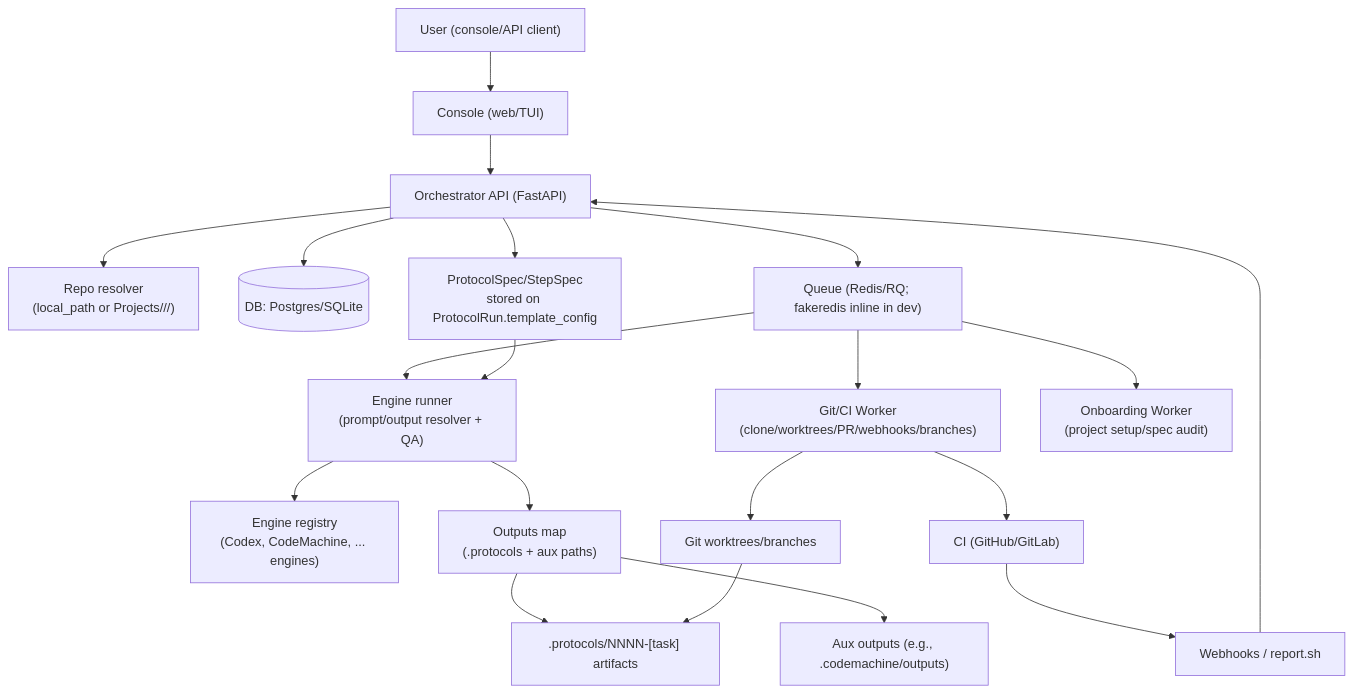
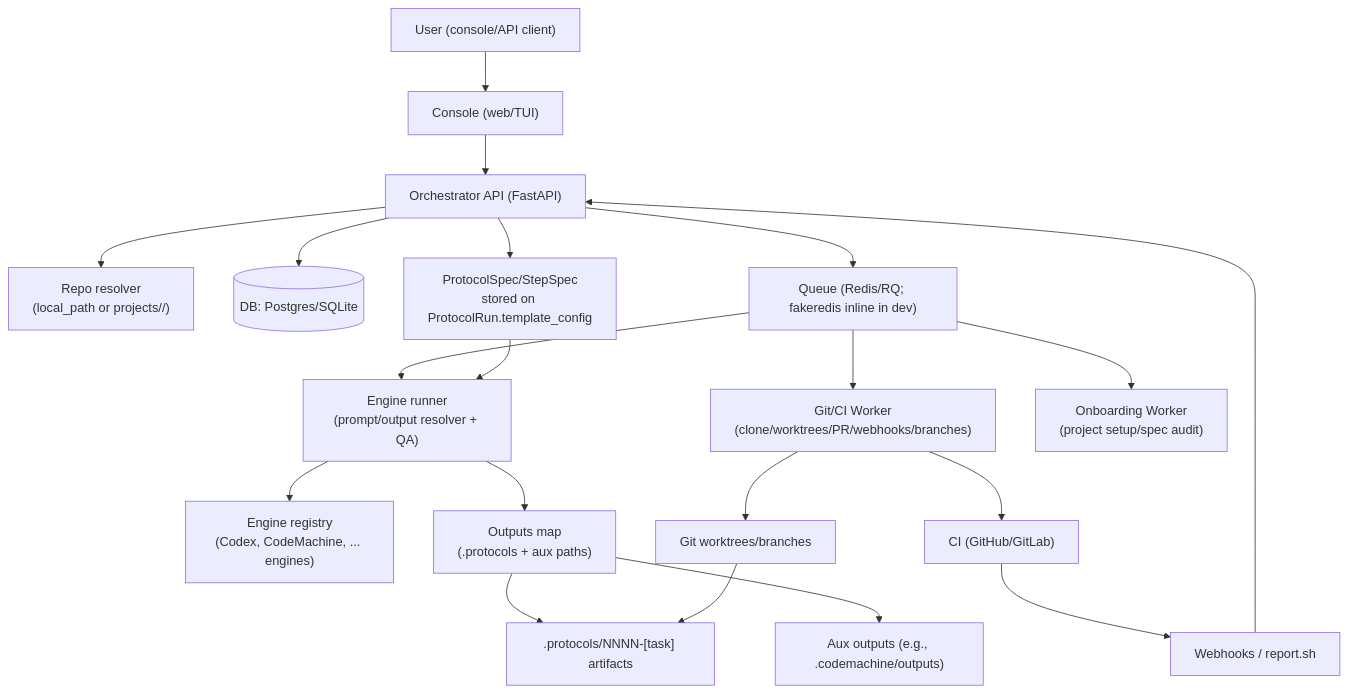
One commit to ilyafedotov-ops/dev-pipeline changed the first of 4 diagrams in README.md. Above: the diagram before and after it, drawn with Mermaid. The commit also changed other lines of this file and 21 other files, not shown here.

````diff
--- a/README.md
+++ b/README.md
@@ -171,22 +183,22 @@
 ```mermaid
 graph TD
   U["User (console/API client)"] --> Console["Console (web/TUI)"]
   Console --> API["Orchestrator API (FastAPI)"]
-  API --> Repo["Repo resolver\n(local_path or Projects/<host>/<owner>/<repo>)"]
+  API --> Repo["Repo resolver\n(local_path or projects/<project_id>/<repo>)"]
   API --> DB[(DB: Postgres/SQLite)]
   API --> Queue["Queue (Redis/RQ; fakeredis inline in dev)"]
   API --> Spec["ProtocolSpec/StepSpec\nstored on ProtocolRun.template_config"]
   Queue --> Runner["Engine runner\n(prompt/output resolver + QA)"]
   Runner --> Registry["Engine registry\n(Codex, CodeMachine, ... engines)"]
   Runner --> Outputs["Outputs map\n(.protocols + aux paths)"]
   Outputs --> Prot[".protocols/NNNN-[task] artifacts"]
   Outputs --> Aux["Aux outputs (e.g., .codemachine/outputs)"]
   Queue --> GW["Git/CI Worker\n(clone/worktrees/PR/webhooks/branches)"]
   Queue --> OW["Onboarding Worker\n(project setup/spec audit)"]
   GW --> Git["Git worktrees/branches"]
   GW --> CI["CI (GitHub/GitLab)"]
   CI --> Webhooks["Webhooks / report.sh"]
   Webhooks --> API
   Spec --> Runner
   Git --> Prot
 ```
````
